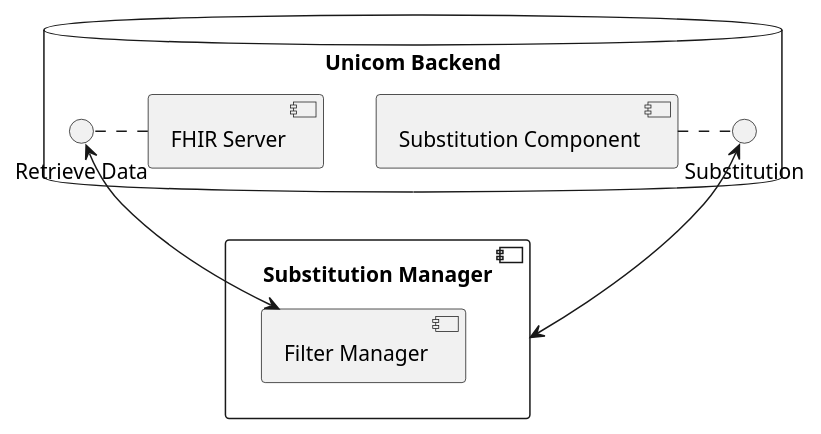
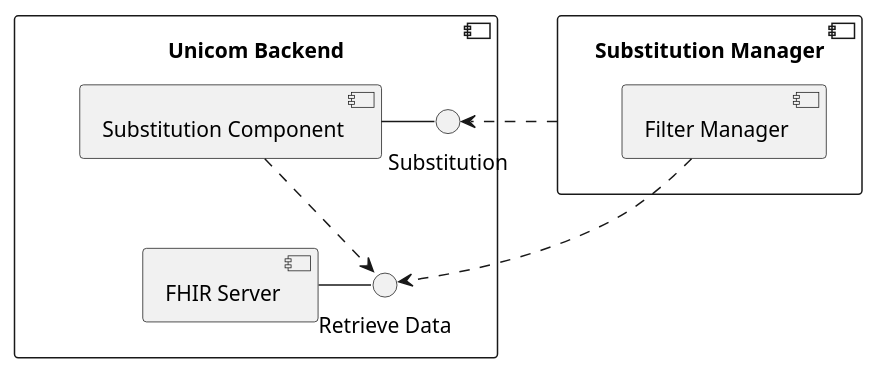
Before and after one commit to Datawizard-srl/UNICOM_healthcare_provider_app: the diagram in uml/components/app_components.puml, drawn with PlantUML. The commit also changed 3 other files, not shown here.

Commit message:
fix uml diagrams

```diff
--- a/uml/components/app_components.puml
+++ b/uml/components/app_components.puml
@@ -1,17 +1,22 @@
 @startuml
 
-database "Unicom Backend" {
+component "Unicom Backend" as be{
     component [Substitution Component] as subs
-    subs .right. Substitution
+    () Substitution as i_subs
+    subs -right- i_subs
 
     component [FHIR Server] as fhir_server
-    fhir_server .left. "Retrieve Data"
+    () "Retrieve Data" as i_fhir_server
+    fhir_server -right- i_fhir_server
+    fhir_server -[hidden]up- subs
 }
 
 component "Substitution Manager" as subs_manager{
     component "Filter Manager" as filter_manager
 }
 
-subs_manager <-up-> Substitution
-filter_manager <-up-> "Retrieve Data"
+be -[hidden]right-> subs_manager
+subs_manager ...> i_subs
+filter_manager ..> i_fhir_server
+subs .> i_fhir_server
 @enduml
```
